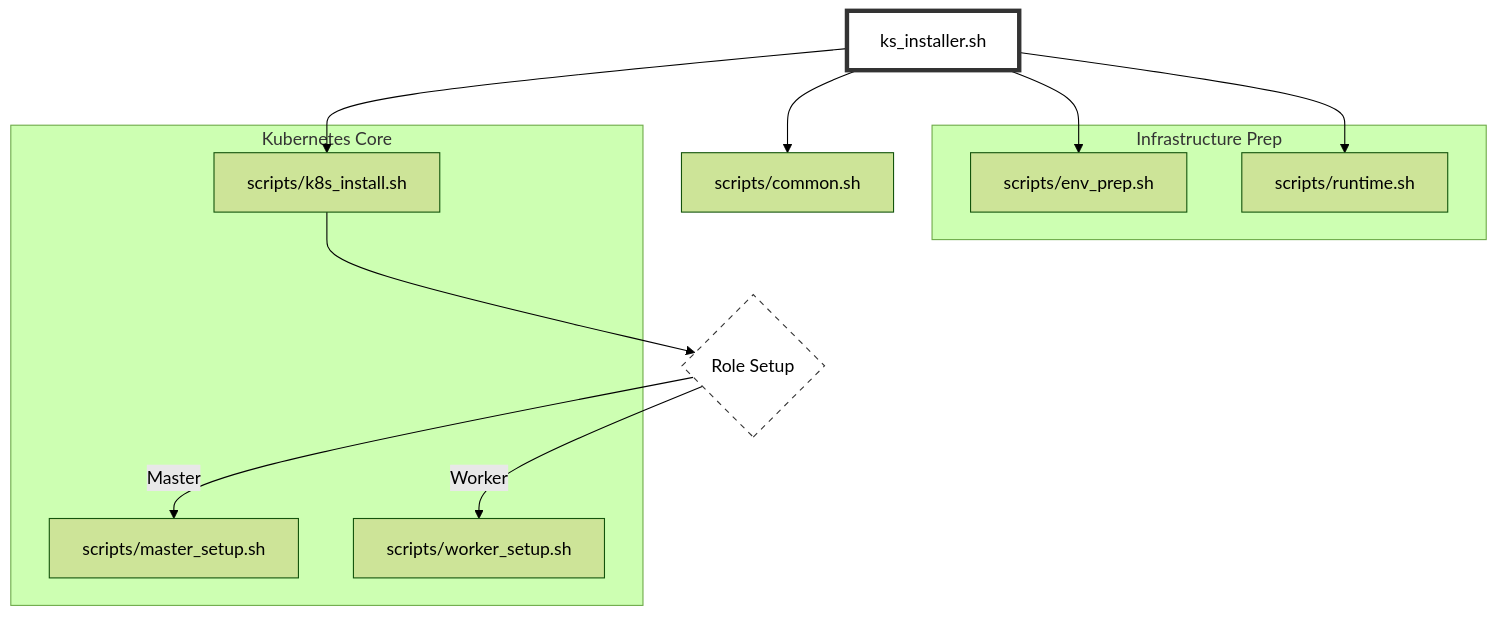
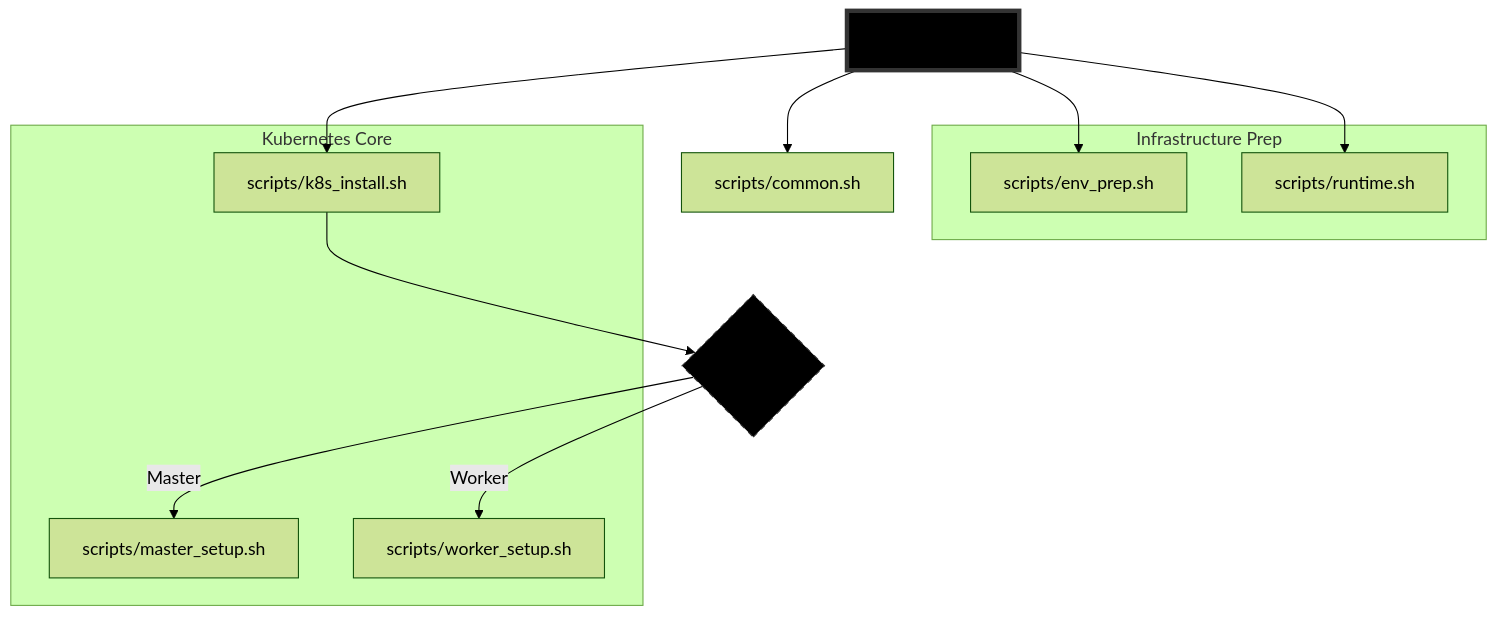
The diagram in README.md (anubhavbuildz/k8s), drawn with Mermaid (forest theme) before and after one commit.

Commit message:
updated oci

````diff
--- a/README.md
+++ b/README.md
@@ -24,25 +24,25 @@
 ```mermaid
 graph TD
     Main[ks_installer.sh] --> Common[scripts/common.sh]
     Main --> Env[scripts/env_prep.sh]
     Main --> Runtime[scripts/runtime.sh]
     Main --> K8s[scripts/k8s_install.sh]
 
     K8s --> Role{Role Setup}
     Role -- Master --> MasterSetup[scripts/master_setup.sh]
     Role -- Worker --> WorkerSetup[scripts/worker_setup.sh]
 
     subgraph "Infrastructure Prep"
         Env
         Runtime
     end
 
     subgraph "Kubernetes Core"
         K8s
         MasterSetup
         WorkerSetup
     end
 
-    style Main fill:#fff,stroke:#333,stroke-width:4px
-    style Role fill:#fff,stroke:#333,stroke-dasharray: 5 5
+    style Main fill:black,stroke:#333,stroke-width:4px
+    style Role fill:black,stroke:#333,stroke-dasharray: 5 5
 ```
````
